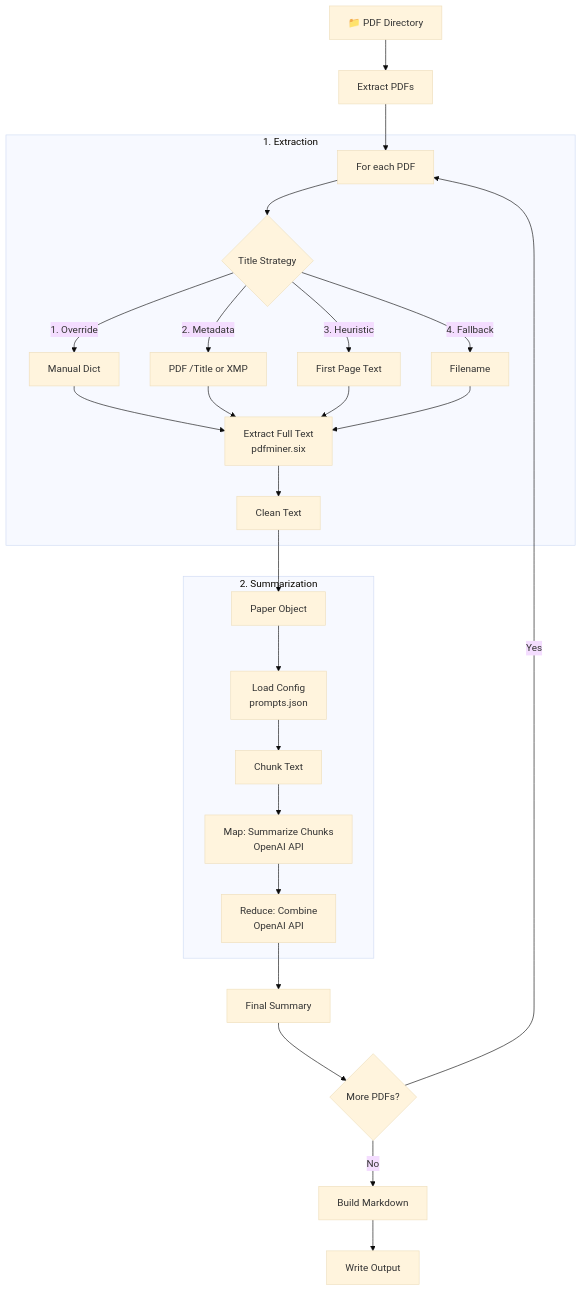
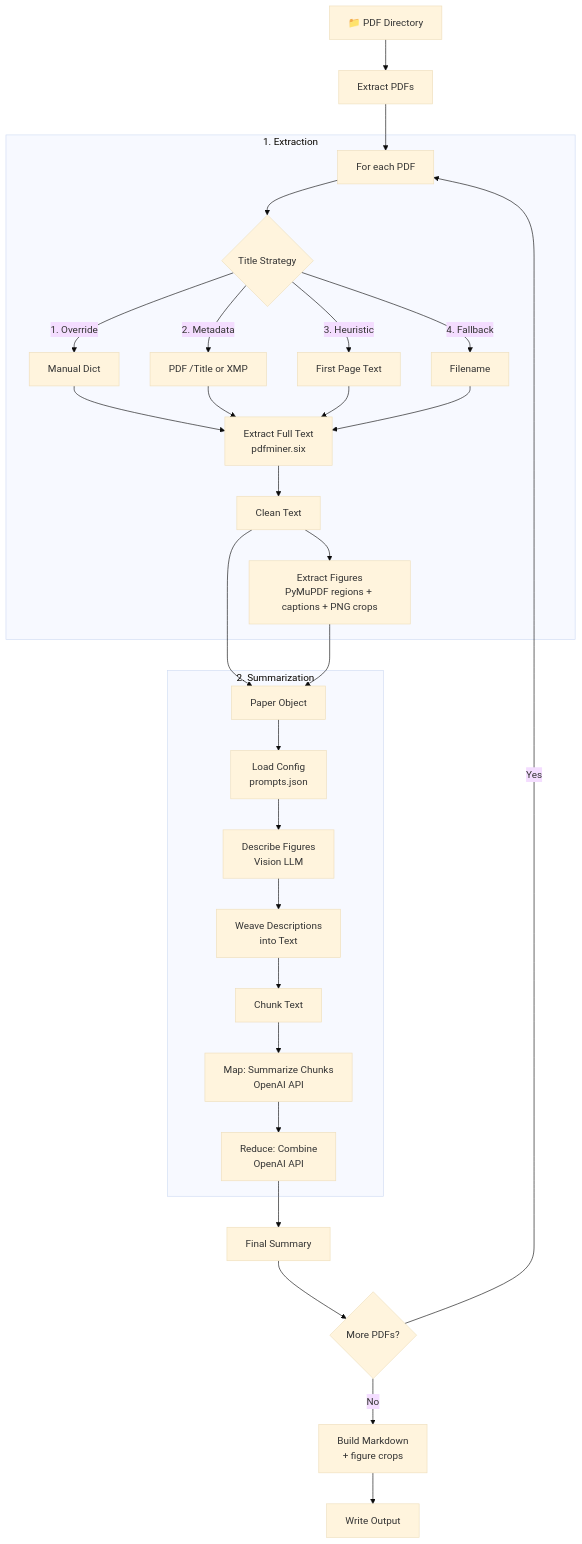
Before and after one commit to angelotc/pdf2md: the diagram in README.md, drawn with Mermaid (base theme). The commit also changed other lines of this file and 13 other files, not shown here.

First line of the commit message:
feat: extract figures and describe them with a vision LLM

````diff
--- a/README.md
+++ b/README.md
@@ -102,34 +117,38 @@
 ```mermaid
 graph TD
     A[📁 PDF Directory] --> B[Extract PDFs]
     B --> C[For each PDF]
 
     subgraph "1. Extraction"
         C --> D{Title Strategy}
         D -->|1. Override| E[Manual Dict]
         D -->|2. Metadata| F[PDF /Title or XMP]
         D -->|3. Heuristic| G[First Page Text]
         D -->|4. Fallback| H[Filename]
         
         E --> I[Extract Full Text<br/>pdfminer.six]
         F --> I
         G --> I
         H --> I
         I --> J[Clean Text]
+        J --> F2[Extract Figures<br/>PyMuPDF regions + captions + PNG crops]
     end
 
     J --> K[Paper Object]
+    F2 --> K
 
     subgraph "2. Summarization"
         K --> L[Load Config<br/>prompts.json]
-        L --> M[Chunk Text]
+        L --> V[Describe Figures<br/>Vision LLM]
+        V --> W[Weave Descriptions<br/>into Text]
+        W --> M[Chunk Text]
         M --> N[Map: Summarize Chunks<br/>OpenAI API]
         N --> O[Reduce: Combine<br/>OpenAI API]
     end
 
     O --> P[Final Summary]
     P --> Q{More PDFs?}
     Q -->|Yes| C
-    Q -->|No| R[Build Markdown]
+    Q -->|No| R[Build Markdown<br/>+ figure crops]
     R --> S[Write Output]
 ```
````
